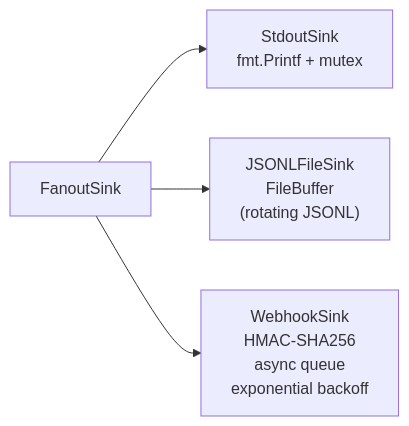
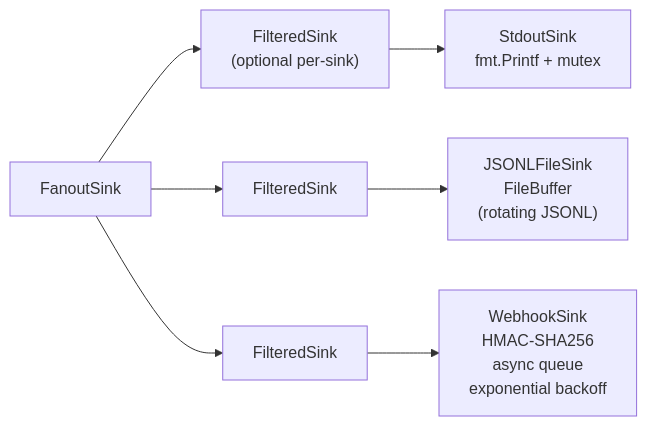
The seventh of 17 diagrams in docs/architecture.md (mrbrutti/okesu), drawn with Mermaid before and after one commit. The commit also changed other lines of this file and 18 other files, not shown here.

````diff
--- a/docs/architecture.md
+++ b/docs/architecture.md
@@ -499,6 +535,9 @@
 ```mermaid
 graph LR
-    FanoutSink --> StdoutSink["StdoutSink\nfmt.Printf + mutex"]
-    FanoutSink --> JSONLFileSink["JSONLFileSink\nFileBuffer\n(rotating JSONL)"]
-    FanoutSink --> WebhookSink["WebhookSink\nHMAC-SHA256\nasync queue\nexponential backoff"]
+    FanoutSink --> FS1["FilteredSink\n(optional per-sink)"]
+    FanoutSink --> FS2["FilteredSink"]
+    FanoutSink --> FS3["FilteredSink"]
+    FS1 --> StdoutSink["StdoutSink\nfmt.Printf + mutex"]
+    FS2 --> JSONLFileSink["JSONLFileSink\nFileBuffer\n(rotating JSONL)"]
+    FS3 --> WebhookSink["WebhookSink\nHMAC-SHA256\nasync queue\nexponential backoff"]
 ```
````
